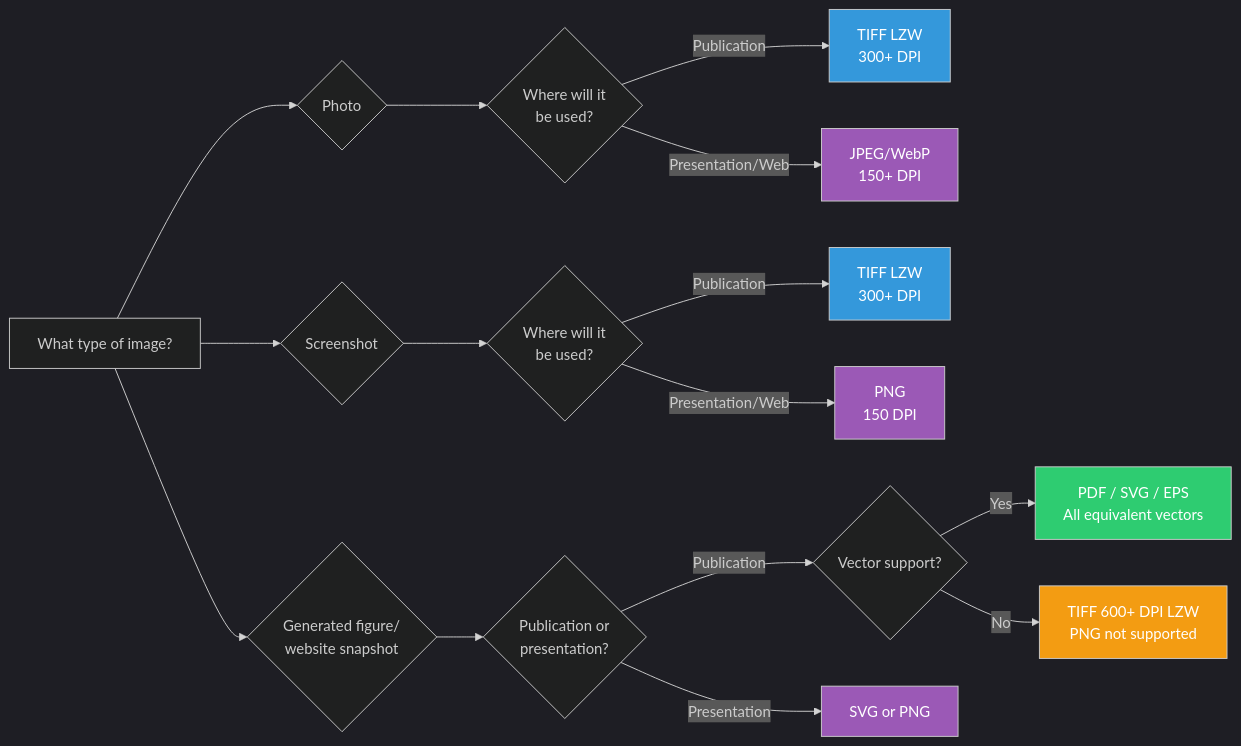
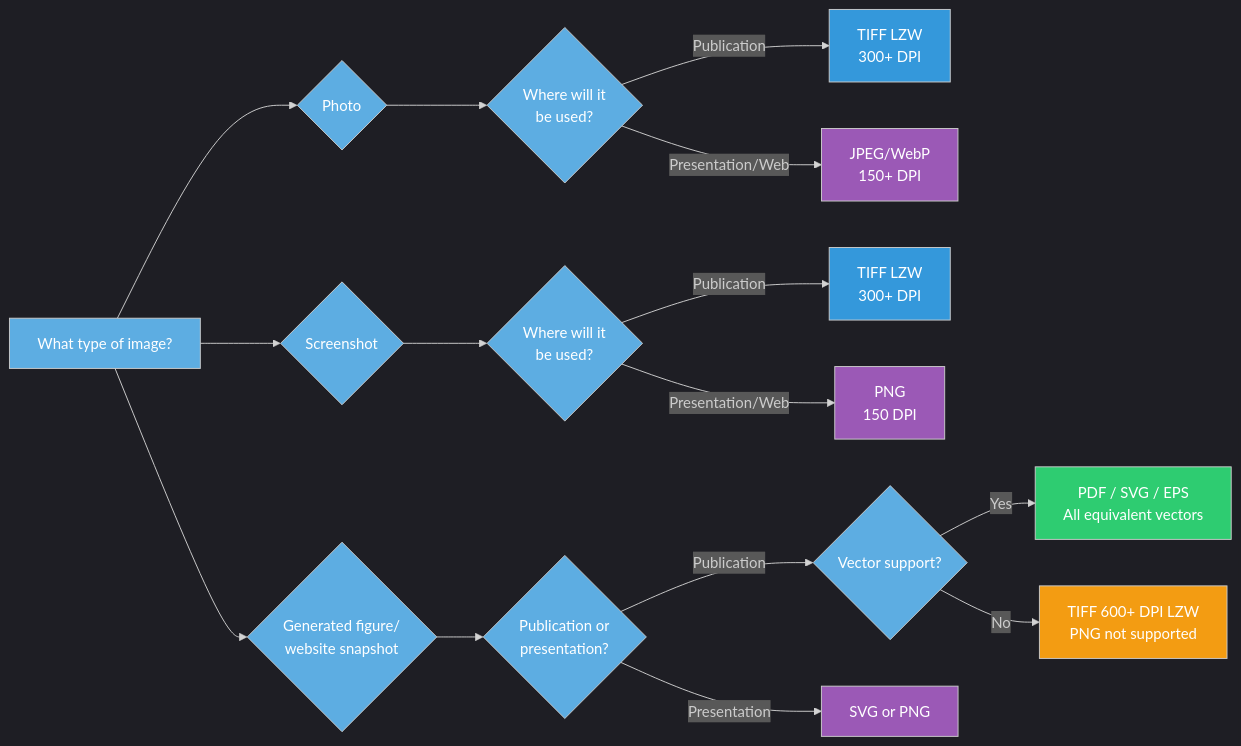
Before and after one commit to stanstrup/figure_presentation: the diagram in topics/01_formats.qmd, drawn with Mermaid. The commit also changed other lines of this file, not shown here.

First line of the commit message:
Improve format presentation: mermaid styling and display fixes

````diff
--- a/topics/01_formats.qmd
+++ b/topics/01_formats.qmd
@@ -198,33 +198,41 @@
 ```{mermaid}
 %%{init: {'theme':'dark'}}%%
 
 flowchart LR
     A[What type of image?] --> B{Photo}
     A --> C{Screenshot}
     A --> D{Generated figure/<br/>website snapshot}
 
 
     B --> B1{Where will it<br/>be used?}
     B1 -->|Publication| B2[TIFF LZW<br/>300+ DPI]
     B1 -->|Presentation/Web| B3[JPEG/WebP <br/> 150+ DPI]
 
     C --> C1{Where will it<br/>be used?}
     C1 -->|Publication| C2[TIFF LZW<br/>300+ DPI]
     C1 -->|Presentation/Web| C3[PNG<br/>150 DPI]
 
     D --> D1{Publication or<br/>presentation?}
     D1 -->|Publication| D2{Vector support?}
     D1 -->|Presentation| D3[SVG or PNG]
 
     D2 -->|Yes| D4[PDF / SVG / EPS<br/>All equivalent vectors]
     D2 -->|No| D5[TIFF 600+ DPI LZW<br/>PNG not supported]
 
+    style A fill:#5dade2,color:#fff
+    style B fill:#5dade2,color:#fff
+    style C fill:#5dade2,color:#fff
+    style D fill:#5dade2,color:#fff
+    style B1 fill:#5dade2,color:#fff
+    style C1 fill:#5dade2,color:#fff
+    style D1 fill:#5dade2,color:#fff
+    style D2 fill:#5dade2,color:#fff
     style D4 fill:#2ecc71,color:#fff
     style D5 fill:#f39c12,color:#fff
     style D3 fill:#9b59b6,color:#fff
     style B2 fill:#3498db,color:#fff
     style B3 fill:#9b59b6,color:#fff
     style C2 fill:#3498db,color:#fff
     style C3 fill:#9b59b6,color:#fff
 
 ```
````
